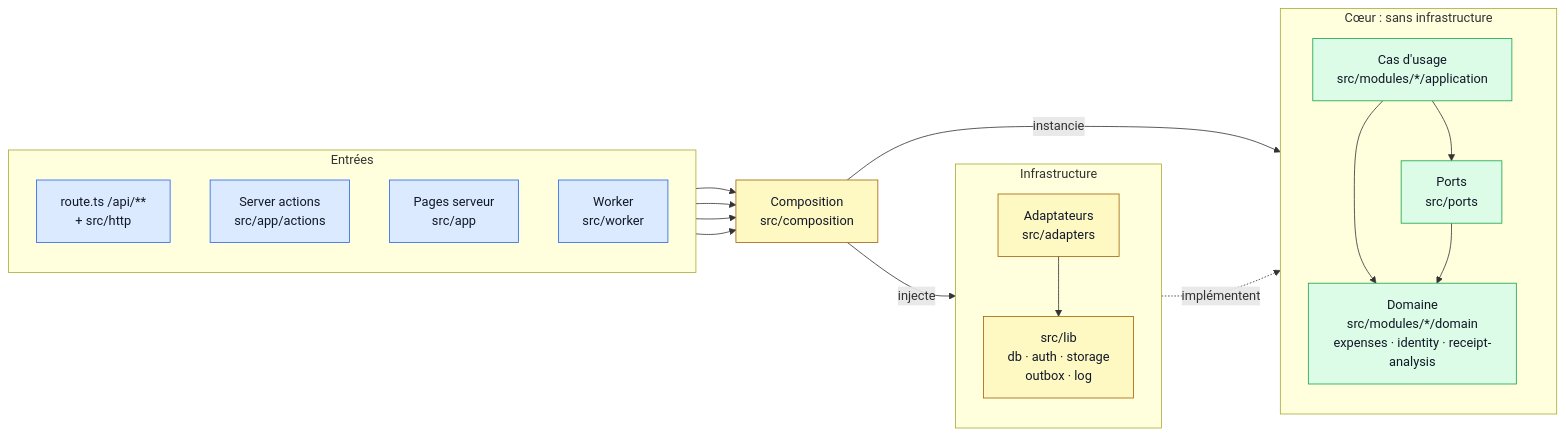
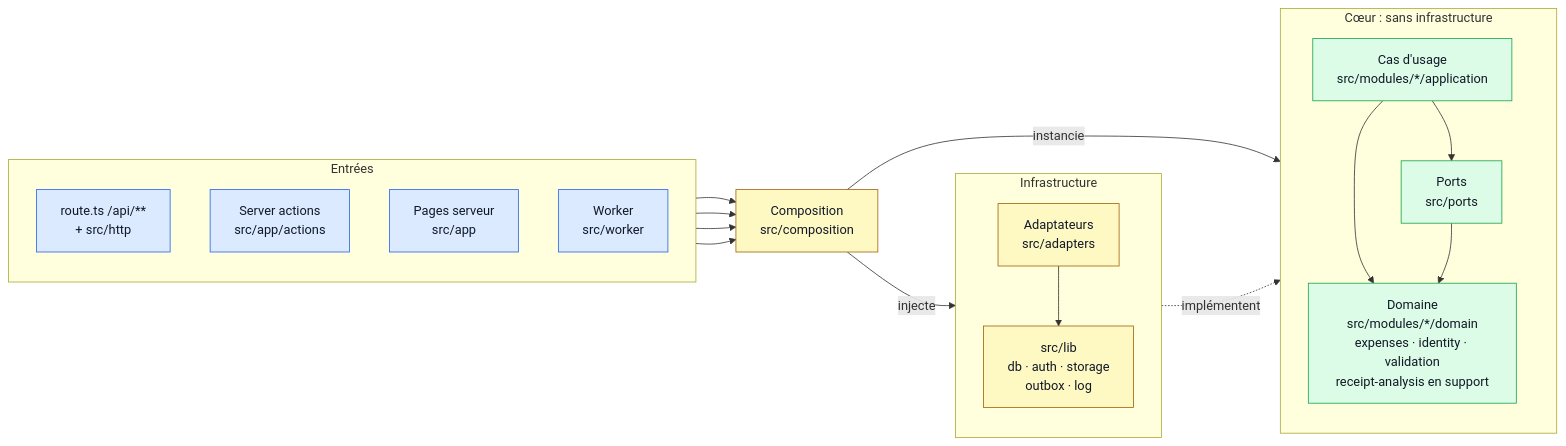
One commit to 2-MORGAN/expense-io changed the diagram in docs/architecture/vues/hexagone.mmd. Above: the diagram before and after it, drawn with Mermaid. The commit also changed 26 other files, not shown here.

First line of the commit message:
refactor(modules): module validation séparé des notes de frais (ADR-002 §3.2)

```diff
--- a/docs/architecture/vues/hexagone.mmd
+++ b/docs/architecture/vues/hexagone.mmd
@@ -1,42 +1,42 @@
 flowchart LR
   %% Vue écrite à la main : la modifier ici, npm run generate:architecture la recopie dans docs/index.html.
   %% À tenir à jour avec le code (CLAUDE.md, « Documentation développeur »).
 
   subgraph sgEntrees["Entrées"]
     direction TB
     routes["route.ts /api/**<br/>+ src/http"]
     actions["Server actions<br/>src/app/actions"]
     serverPages["Pages serveur<br/>src/app"]
     worker["Worker<br/>src/worker"]
   end
 
   composition["Composition<br/>src/composition"]
 
   subgraph sgCoeur["Cœur : sans infrastructure"]
     direction TB
     usecases["Cas d'usage<br/>src/modules/*/application"]
     ports["Ports<br/>src/ports"]
-    domain["Domaine<br/>src/modules/*/domain<br/>expenses · identity · receipt-analysis"]
+    domain["Domaine<br/>src/modules/*/domain<br/>expenses · identity · validation<br/>receipt-analysis en support"]
   end
 
   subgraph sgInfra["Infrastructure"]
     direction TB
     adapters["Adaptateurs<br/>src/adapters"]
     lib["src/lib<br/>db · auth · storage<br/>outbox · log"]
   end
 
   routes & actions & serverPages & worker --> composition
   composition -->|"instancie"| usecases
   composition -->|"injecte"| adapters
   usecases --> ports
   usecases --> domain
   ports --> domain
   adapters -.->|"implémentent"| ports
   adapters --> lib
 
   classDef entree fill:#dbeafe,stroke:#2563eb,color:#111827
   classDef coeur fill:#dcfce7,stroke:#16a34a,color:#111827
   classDef infra fill:#fef9c3,stroke:#a16207,color:#111827
   class routes,actions,serverPages,worker entree
   class usecases,domain,ports coeur
   class composition,adapters,lib infra
```
